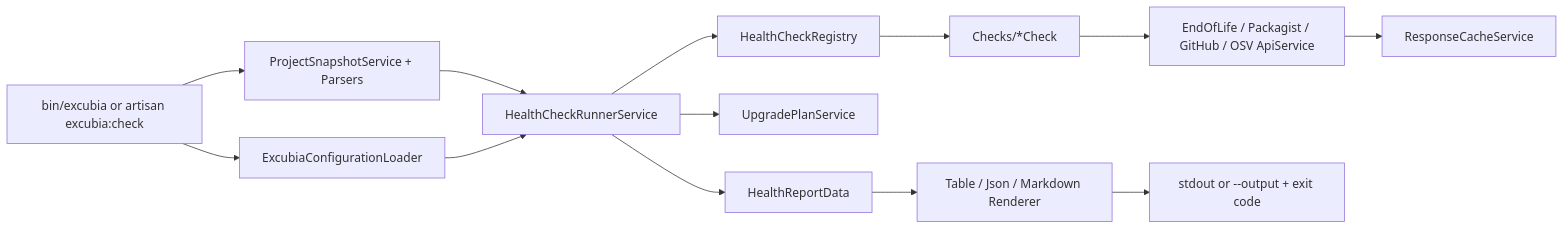
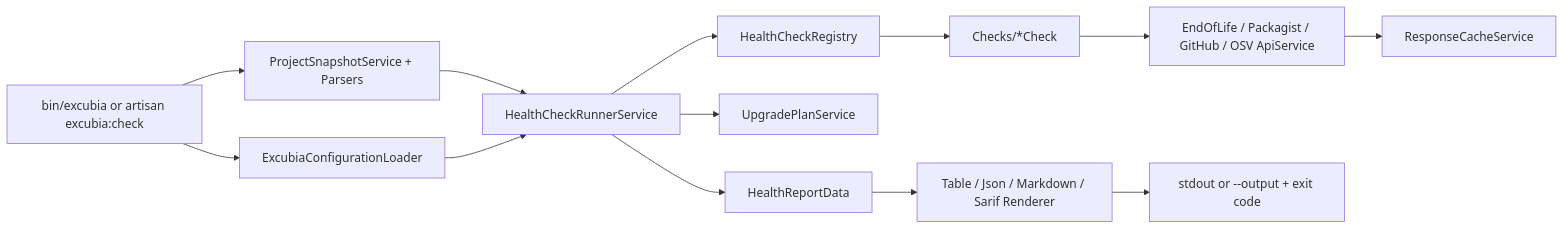
The diagram in docs/ARCHITECTURE.md (qiick-io/excubia-core), drawn with Mermaid before and after one commit. The commit also changed other lines of this file and 16 other files, not shown here.

````diff
--- a/docs/ARCHITECTURE.md
+++ b/docs/ARCHITECTURE.md
@@ -86,15 +87,15 @@
 ```mermaid
 flowchart LR
   CLI[bin/excubia or artisan excubia:check] --> CFG[ExcubiaConfigurationLoader]
   CLI --> SNAP[ProjectSnapshotService + Parsers]
   SNAP --> RUN[HealthCheckRunnerService]
   CFG --> RUN
   RUN --> REG[HealthCheckRegistry]
   REG --> CHECKS[Checks/*Check]
   CHECKS --> API[EndOfLife / Packagist / GitHub / OSV ApiService]
   API --> CACHE[ResponseCacheService]
   RUN --> PLAN[UpgradePlanService]
   RUN --> REPORT[HealthReportData]
-  REPORT --> RENDER[Table / Json / Markdown Renderer]
+  REPORT --> RENDER[Table / Json / Markdown / Sarif Renderer]
   RENDER --> OUT[stdout or --output + exit code]
 ```
````
